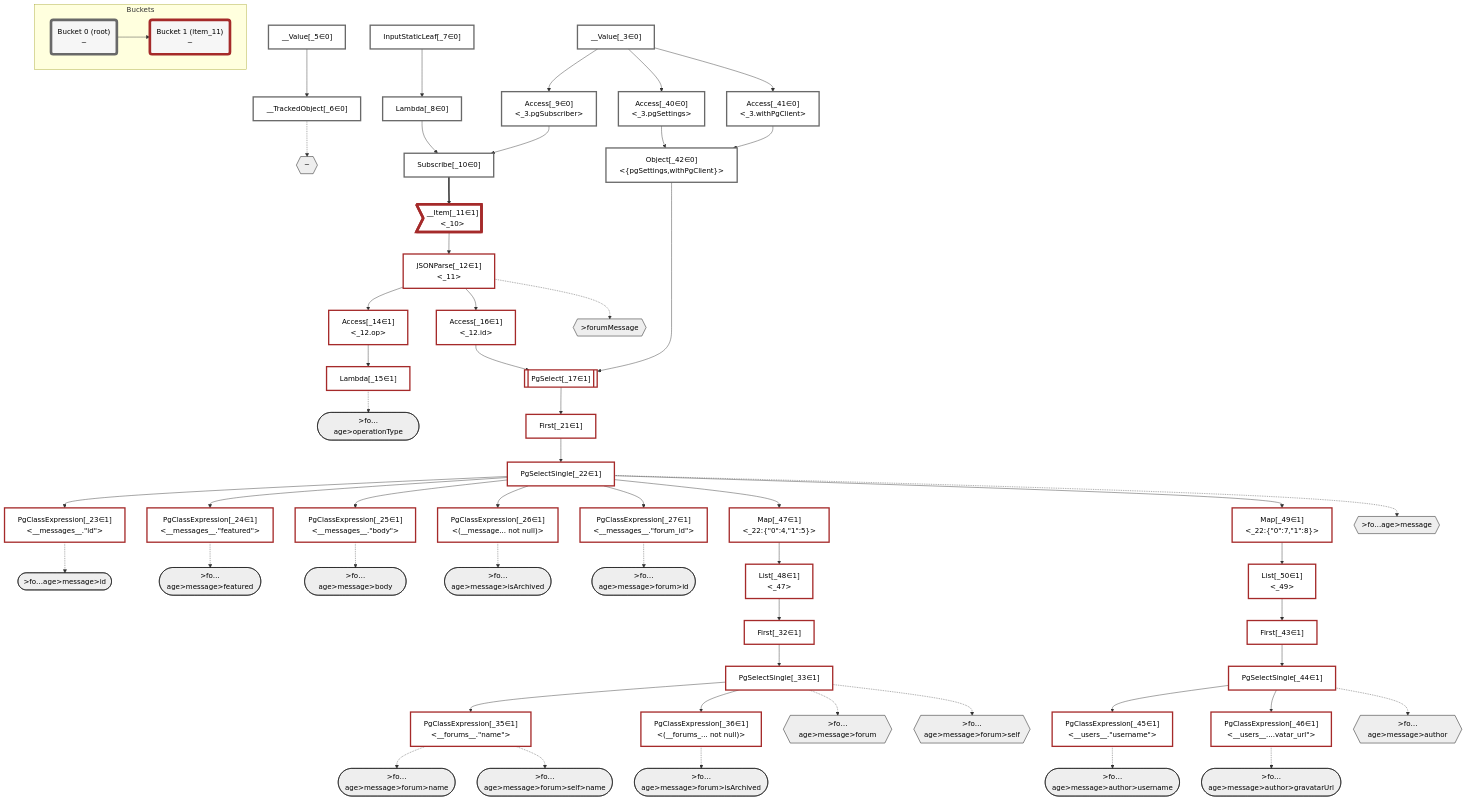
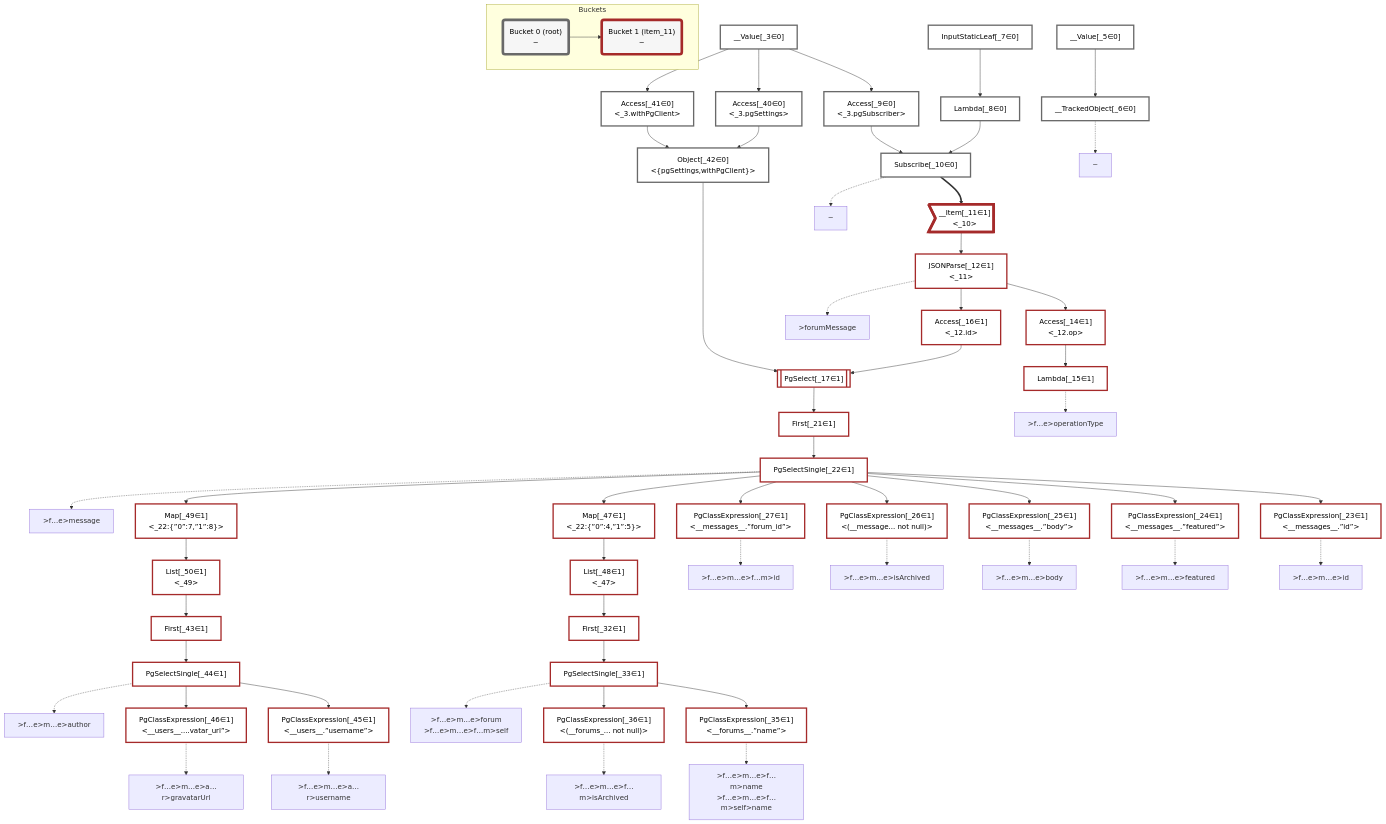
The diagram in packages/dataplan-pg/__tests__/subscriptions/basics/forum-messages.mermaid.md (graphile/crystal), drawn with Mermaid before and after one commit. The commit also changed 195 other files, not shown here.

```diff
--- a/packages/dataplan-pg/__tests__/subscriptions/basics/forum-messages.mermaid.md
+++ b/packages/dataplan-pg/__tests__/subscriptions/basics/forum-messages.mermaid.md
@@ -6,41 +6,6 @@
     classDef sideeffectplan fill:#f00,stroke-width:6px,color:#000
     classDef bucket fill:#f6f6f6,color:#000,stroke-width:6px
 
-    %% subgraph fields
-    P1{{"~"}}:::path
-    P2{{">forumMessage"}}:::path
-    P3([">fo…age>operationType"]):::path
-    %% P2 -.-> P3
-    P4{{">fo…age>message"}}:::path
-    P5([">fo…age>message>id"]):::path
-    %% P4 -.-> P5
-    P6([">fo…age>message>featured"]):::path
-    %% P4 -.-> P6
-    P7([">fo…age>message>body"]):::path
-    %% P4 -.-> P7
-    P8([">fo…age>message>isArchived"]):::path
-    %% P4 -.-> P8
-    P9{{">fo…age>message>forum"}}:::path
-    P10([">fo…age>message>forum>id"]):::path
-    %% P9 -.-> P10
-    P11([">fo…age>message>forum>name"]):::path
-    %% P9 -.-> P11
-    P12([">fo…age>message>forum>isArchived"]):::path
-    %% P9 -.-> P12
-    P13{{">fo…age>message>forum>self"}}:::path
-    P14([">fo…age>message>forum>self>name"]):::path
-    %% P13 -.-> P14
-    %% P9 -.-> P13
-    %% P4 -.-> P9
-    P15{{">fo…age>message>author"}}:::path
-    P16([">fo…age>message>author>username"]):::path
-    %% P15 -.-> P16
-    P17([">fo…age>message>author>gravatarUrl"]):::path
-    %% P15 -.-> P17
-    %% P4 -.-> P15
-    %% P2 -.-> P4
-    %% P1 -.-> P2
-    %% end
 
     %% define plans
     __Value_3["__Value[_3∈0]<br /><context>"]:::plan
@@ -58,25 +23,25 @@
     PgSelect_17[["PgSelect[_17∈1]<br /><messages>"]]:::plan
     First_21["First[_21∈1]"]:::plan
     PgSelectSingle_22["PgSelectSingle[_22∈1]<br /><messages>"]:::plan
-    PgClassExpression_23["PgClassExpression[_23∈1]<br /><__messages__.#quot;id#quot;>"]:::plan
-    PgClassExpression_24["PgClassExpression[_24∈1]<br /><__messages__.#quot;featured#quot;>"]:::plan
-    PgClassExpression_25["PgClassExpression[_25∈1]<br /><__messages__.#quot;body#quot;>"]:::plan
+    PgClassExpression_23["PgClassExpression[_23∈1]<br /><__messages__.”id”>"]:::plan
+    PgClassExpression_24["PgClassExpression[_24∈1]<br /><__messages__.”featured”>"]:::plan
+    PgClassExpression_25["PgClassExpression[_25∈1]<br /><__messages__.”body”>"]:::plan
     PgClassExpression_26["PgClassExpression[_26∈1]<br /><(__message... not null)>"]:::plan
-    PgClassExpression_27["PgClassExpression[_27∈1]<br /><__messages__.#quot;forum_id#quot;>"]:::plan
+    PgClassExpression_27["PgClassExpression[_27∈1]<br /><__messages__.”forum_id”>"]:::plan
     First_32["First[_32∈1]"]:::plan
     PgSelectSingle_33["PgSelectSingle[_33∈1]<br /><forums>"]:::plan
-    PgClassExpression_35["PgClassExpression[_35∈1]<br /><__forums__.#quot;name#quot;>"]:::plan
+    PgClassExpression_35["PgClassExpression[_35∈1]<br /><__forums__.”name”>"]:::plan
     PgClassExpression_36["PgClassExpression[_36∈1]<br /><(__forums_... not null)>"]:::plan
     Access_40["Access[_40∈0]<br /><_3.pgSettings>"]:::plan
     Access_41["Access[_41∈0]<br /><_3.withPgClient>"]:::plan
     Object_42["Object[_42∈0]<br /><{pgSettings,withPgClient}>"]:::plan
     First_43["First[_43∈1]"]:::plan
     PgSelectSingle_44["PgSelectSingle[_44∈1]<br /><users>"]:::plan
-    PgClassExpression_45["PgClassExpression[_45∈1]<br /><__users__.#quot;username#quot;>"]:::plan
-    PgClassExpression_46["PgClassExpression[_46∈1]<br /><__users__....vatar_url#quot;>"]:::plan
-    Map_47["Map[_47∈1]<br /><_22:{#quot;0#quot;:4,#quot;1#quot;:5}>"]:::plan
+    PgClassExpression_45["PgClassExpression[_45∈1]<br /><__users__.”username”>"]:::plan
+    PgClassExpression_46["PgClassExpression[_46∈1]<br /><__users__....vatar_url”>"]:::plan
+    Map_47["Map[_47∈1]<br /><_22:{”0”:4,”1”:5}>"]:::plan
     List_48["List[_48∈1]<br /><_47>"]:::plan
-    Map_49["Map[_49∈1]<br /><_22:{#quot;0#quot;:7,#quot;1#quot;:8}>"]:::plan
+    Map_49["Map[_49∈1]<br /><_22:{”0”:7,”1”:8}>"]:::plan
     List_50["List[_50∈1]<br /><_49>"]:::plan
 
     %% plan dependencies
@@ -117,23 +82,38 @@
     Map_49 --> List_50
 
     %% plan-to-path relationships
+    P1["~"]
     __TrackedObject_6 -.-> P1
+    P2[">forumMessage"]
     JSONParse_12 -.-> P2
+    P3[">f…e>operationType"]
     Lambda_15 -.-> P3
+    P4[">f…e>message"]
     PgSelectSingle_22 -.-> P4
+    P5[">f…e>m…e>id"]
     PgClassExpression_23 -.-> P5
+    P6[">f…e>m…e>featured"]
     PgClassExpression_24 -.-> P6
+    P7[">f…e>m…e>body"]
     PgClassExpression_25 -.-> P7
+    P8[">f…e>m…e>isArchived"]
     PgClassExpression_26 -.-> P8
+    P9[">f…e>m…e>forum<br />>f…e>m…e>f…m>self"]
     PgSelectSingle_33 -.-> P9
+    P10[">f…e>m…e>f…m>id"]
     PgClassExpression_27 -.-> P10
+    P11[">f…e>m…e>f…m>name<br />>f…e>m…e>f…m>self>name"]
     PgClassExpression_35 -.-> P11
+    P12[">f…e>m…e>f…m>isArchived"]
     PgClassExpression_36 -.-> P12
-    PgSelectSingle_33 -.-> P13
-    PgClassExpression_35 -.-> P14
-    PgSelectSingle_44 -.-> P15
-    PgClassExpression_45 -.-> P16
-    PgClassExpression_46 -.-> P17
+    P13[">f…e>m…e>author"]
+    PgSelectSingle_44 -.-> P13
+    P14[">f…e>m…e>a…r>username"]
+    PgClassExpression_45 -.-> P14
+    P15[">f…e>m…e>a…r>gravatarUrl"]
+    PgClassExpression_46 -.-> P15
+    P16["~"]
+    Subscribe_10 -.-> P16
 
     %% allocate buckets
     classDef bucket0 stroke:#696969
```
